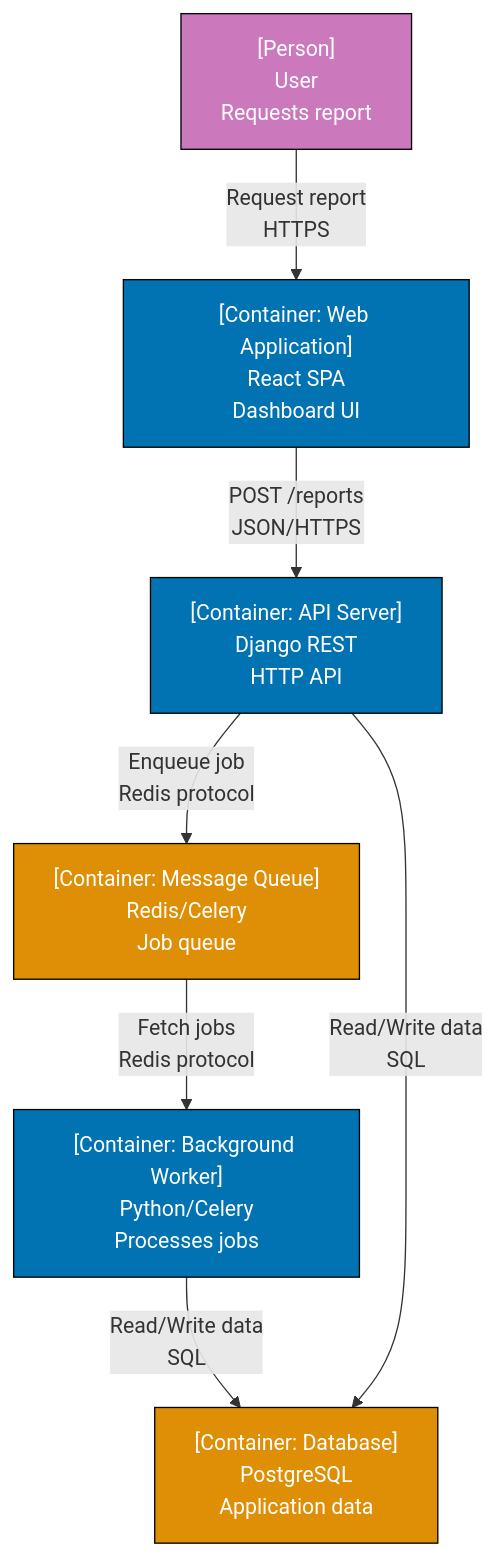
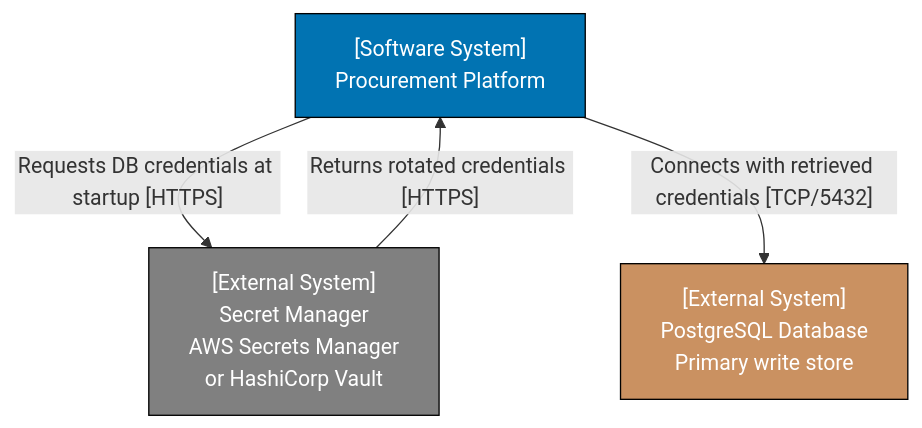
One commit to wahidyankf/open-sharia-enterprise changed diagram 16 of 30 in apps/ayokoding-web/content/en/learn/software-engineering/architecture/c4-architecture-model/by-example/beginner.md. Above: the diagram before and after it, drawn with Mermaid. The commit also changed other lines of this file and 38 other files, not shown here.

First line of the commit message:
docs(ayokoding-web): unify architecture tutorials on shared P2P domain

````diff
--- a/apps/ayokoding-web/content/en/learn/software-engineering/architecture/c4-architecture-model/by-example/beginner.md
+++ b/apps/ayokoding-web/content/en/learn/software-engineering/architecture/c4-architecture-model/by-example/beginner.md
@@ -547,24 +560,14 @@
 ```mermaid
 graph TD
-    User["[Person]<br/>User<br/>Requests report"]
+    Platform["[Software System]<br/>Procurement Platform"]
+    SecretMgr["[External System]<br/>Secret Manager<br/>AWS Secrets Manager<br/>or HashiCorp Vault"]
+    DB["[External System]<br/>PostgreSQL Database<br/>Primary write store"]
 
-    WebApp["[Container: Web Application]<br/>React SPA<br/>Dashboard UI"]
-    APIServer["[Container: API Server]<br/>Django REST<br/>HTTP API"]
-    JobQueue["[Container: Message Queue]<br/>Redis/Celery<br/>Job queue"]
-    Worker["[Container: Background Worker]<br/>Python/Celery<br/>Processes jobs"]
-    Database["[Container: Database]<br/>PostgreSQL<br/>Application data"]
+    Platform -->|"Requests DB credentials at startup [HTTPS]"| SecretMgr
+    SecretMgr -->|"Returns rotated credentials [HTTPS]"| Platform
+    Platform -->|"Connects with retrieved credentials [TCP/5432]"| DB
 
-    User -->|"Request report<br/>HTTPS"| WebApp
-    WebApp -->|"POST /reports<br/>JSON/HTTPS"| APIServer
-    APIServer -->|"Enqueue job<br/>Redis protocol"| JobQueue
-    JobQueue -->|"Fetch jobs<br/>Redis protocol"| Worker
-    Worker -->|"Read/Write data<br/>SQL"| Database
-    APIServer -->|"Read/Write data<br/>SQL"| Database
-
-    style User fill:#CC78BC,stroke:#000,color:#fff
-    style WebApp fill:#0173B2,stroke:#000,color:#fff
-    style APIServer fill:#0173B2,stroke:#000,color:#fff
-    style JobQueue fill:#DE8F05,stroke:#000,color:#fff
-    style Worker fill:#0173B2,stroke:#000,color:#fff
-    style Database fill:#DE8F05,stroke:#000,color:#fff
+    style Platform fill:#0173B2,stroke:#000,color:#fff
+    style SecretMgr fill:#808080,stroke:#000,color:#fff
+    style DB fill:#CA9161,stroke:#000,color:#fff
 ```
````
